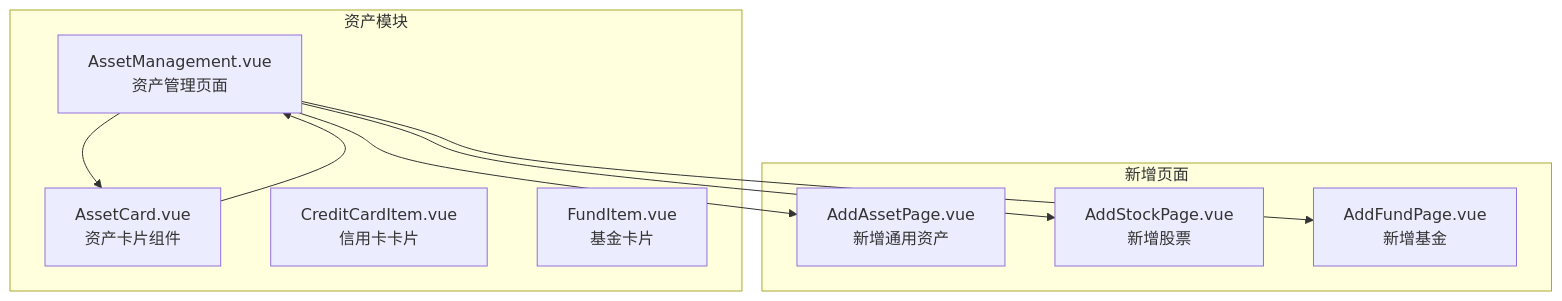
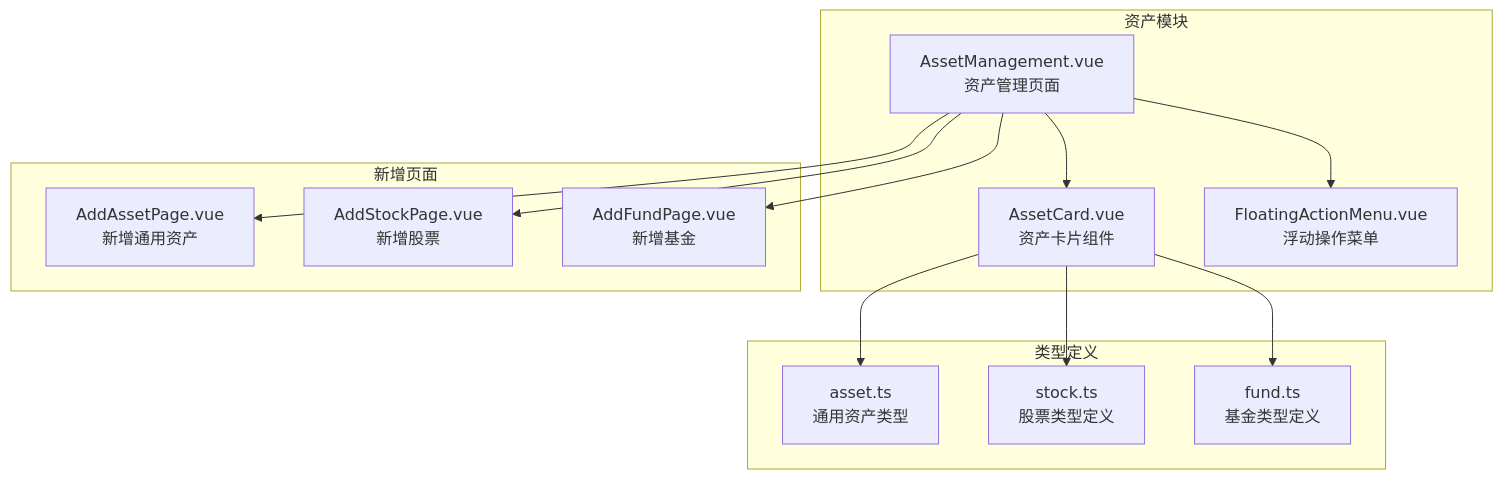
Before and after one commit to xiao-lin-unit/yuan: the first of 10 diagrams in .qoder/repowiki/zh/content/资产管理/资产卡片组件.md, drawn with Mermaid. The commit also changed other lines of this file and 14 other files, not shown here.

````diff
--- a/.qoder/repowiki/zh/content/资产管理/资产卡片组件.md
+++ b/.qoder/repowiki/zh/content/资产管理/资产卡片组件.md
@@ -34,19 +46,26 @@
 ```mermaid
 graph TB
 subgraph "资产模块"
 AM[AssetManagement.vue<br/>资产管理页面]
 AC[AssetCard.vue<br/>资产卡片组件]
-CA[CreditCardItem.vue<br/>信用卡卡片]
-FI[FundItem.vue<br/>基金卡片]
+FAM[FloatingActionMenu.vue<br/>浮动操作菜单]
 end
 subgraph "新增页面"
 AAP[AddAssetPage.vue<br/>新增通用资产]
 ASP[AddStockPage.vue<br/>新增股票]
 AFP[AddFundPage.vue<br/>新增基金]
 end
+subgraph "类型定义"
+AT[asset.ts<br/>通用资产类型]
+ST[stock.ts<br/>股票类型定义]
+FT[fund.ts<br/>基金类型定义]
+end
 AM --> AC
+AM --> FAM
 AM --> AAP
 AM --> ASP
 AM --> AFP
-AC --> AM
+AC --> AT
+AC --> ST
+AC --> FT
 ```
````
